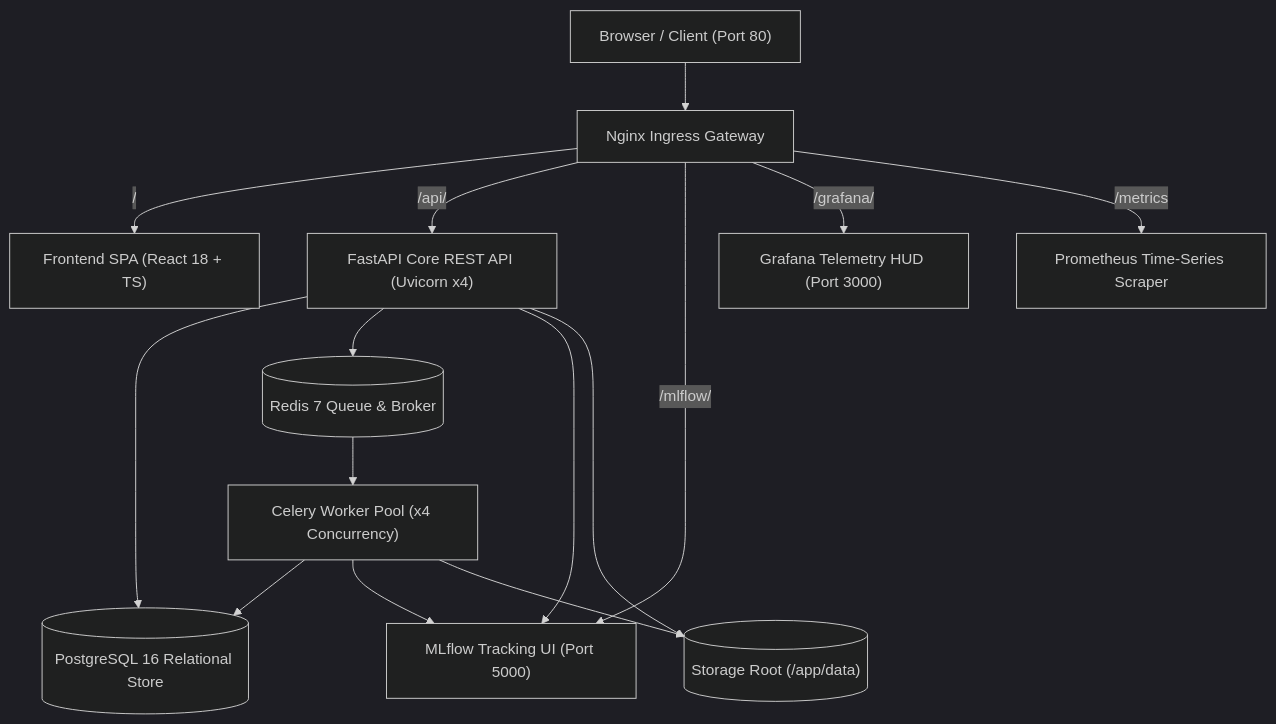
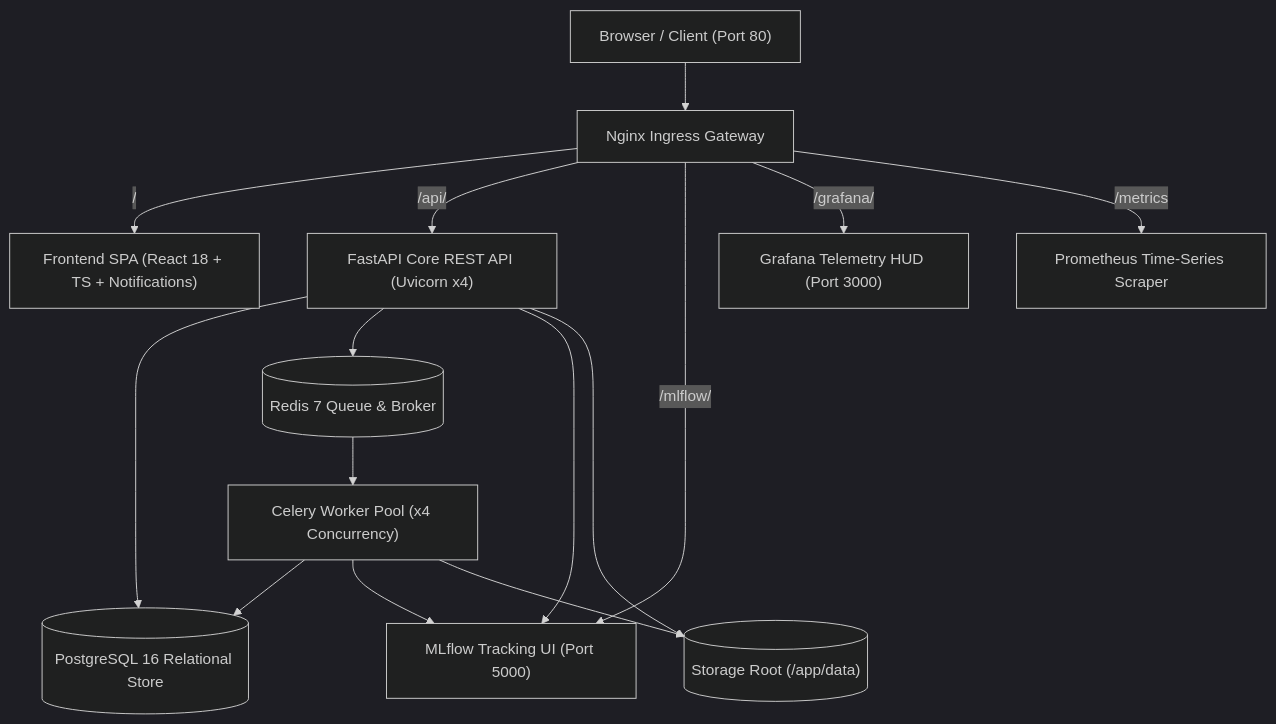
One commit to harshG12345/Enterprise-AI-Platform changed the diagram in docs/walkthrough.md. Above: the diagram before and after it, drawn with Mermaid (dark theme). The commit also changed other lines of this file and 34 other files, not shown here.

````diff
--- a/docs/walkthrough.md
+++ b/docs/walkthrough.md
@@ -10,19 +10,19 @@
 ```mermaid
 graph TD
     Client["Browser / Client (Port 80)"] --> Ingress["Nginx Ingress Gateway"]
-    Ingress -->|"/"| Frontend["Frontend SPA (React 18 + TS)"]
+    Ingress -->|"/"| Frontend["Frontend SPA (React 18 + TS + Notifications)"]
     Ingress -->|"/api/"| Backend["FastAPI Core REST API (Uvicorn x4)"]
     Ingress -->|"/mlflow/"| MLflow["MLflow Tracking UI (Port 5000)"]
     Ingress -->|"/grafana/"| Grafana["Grafana Telemetry HUD (Port 3000)"]
     Ingress -->|"/metrics"| Prometheus["Prometheus Time-Series Scraper"]
 
     Backend --> DB[(PostgreSQL 16 Relational Store)]
     Backend --> Redis[(Redis 7 Queue & Broker)]
     Backend --> MLflow
     Backend --> DataStore[("Storage Root (/app/data)")]
 
     Redis --> Celery["Celery Worker Pool (x4 Concurrency)"]
     Celery --> DB
     Celery --> MLflow
     Celery --> DataStore
 ```
````
